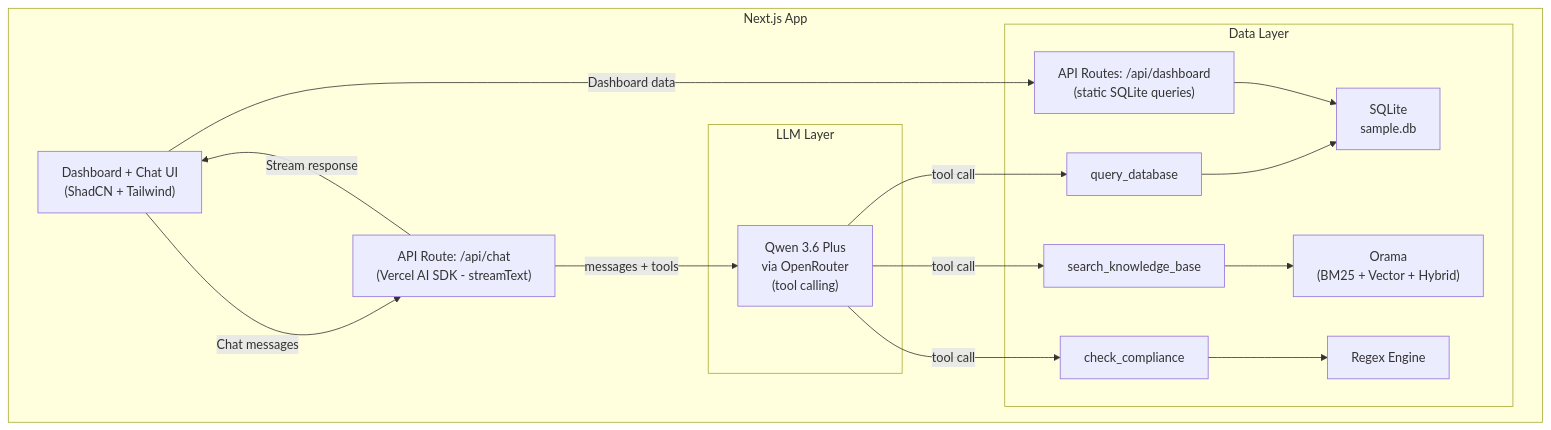
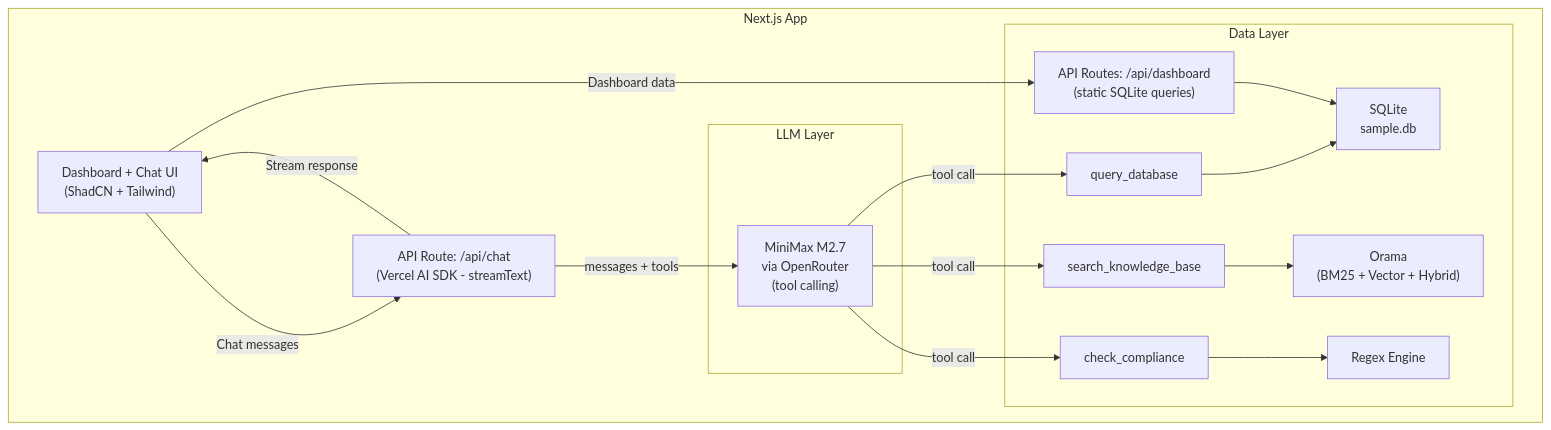
The first of 3 diagrams in docs/design/architecture.md (hyowonbernabe/stonecutter-ai-platform), drawn with Mermaid before and after one commit. The commit also changed other lines of this file and 10 other files, not shown here.

First line of the commit message:
docs: add README, LICENSE, screenshot, update design docs to MiniMax M2.7, fix build

````diff
--- a/docs/design/architecture.md
+++ b/docs/design/architecture.md
@@ -5,28 +5,28 @@
 ```mermaid
 flowchart TB
     subgraph NextApp["Next.js App"]
         UI["Dashboard + Chat UI<br>(ShadCN + Tailwind)"]
         API["API Route: /api/chat<br>(Vercel AI SDK - streamText)"]
         DashAPI["API Routes: /api/dashboard<br>(static SQLite queries)"]
         UI -->|Chat messages| API
         UI -->|Dashboard data| DashAPI
         API -->|Stream response| UI
 
         API -->|messages + tools| LLM
 
         subgraph LLMLayer["LLM Layer"]
-            LLM["Qwen 3.6 Plus<br>via OpenRouter<br>(tool calling)"]
+            LLM["MiniMax M2.7<br>via OpenRouter<br>(tool calling)"]
         end
 
         LLM -->|tool call| QueryDB["query_database"]
         LLM -->|tool call| SearchKB["search_knowledge_base"]
         LLM -->|tool call| CheckComp["check_compliance"]
 
         subgraph DataLayer["Data Layer"]
             QueryDB --> SQLite["SQLite<br>sample.db"]
             DashAPI --> SQLite
             SearchKB --> Orama["Orama<br>(BM25 + Vector + Hybrid)"]
             CheckComp --> Regex["Regex Engine"]
         end
     end
 ```
````
